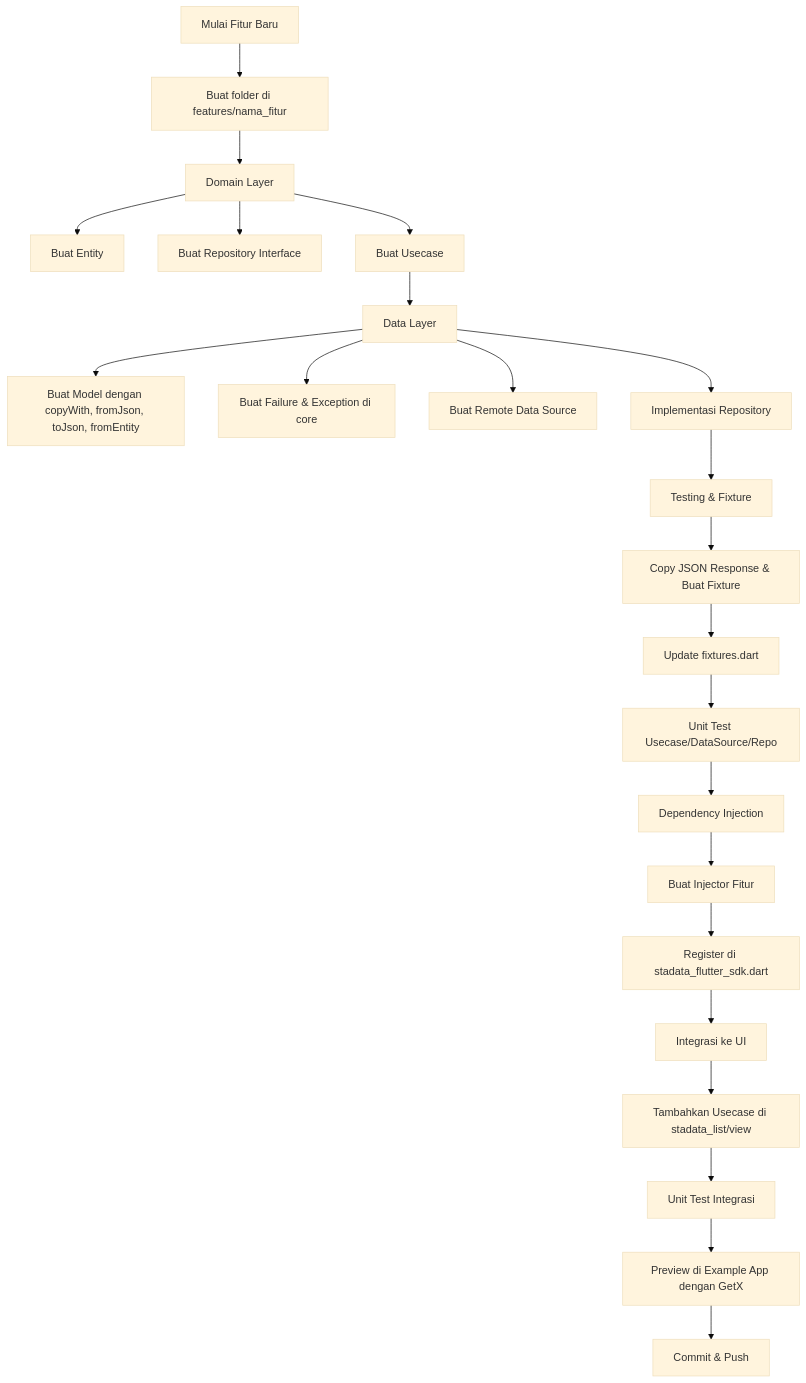
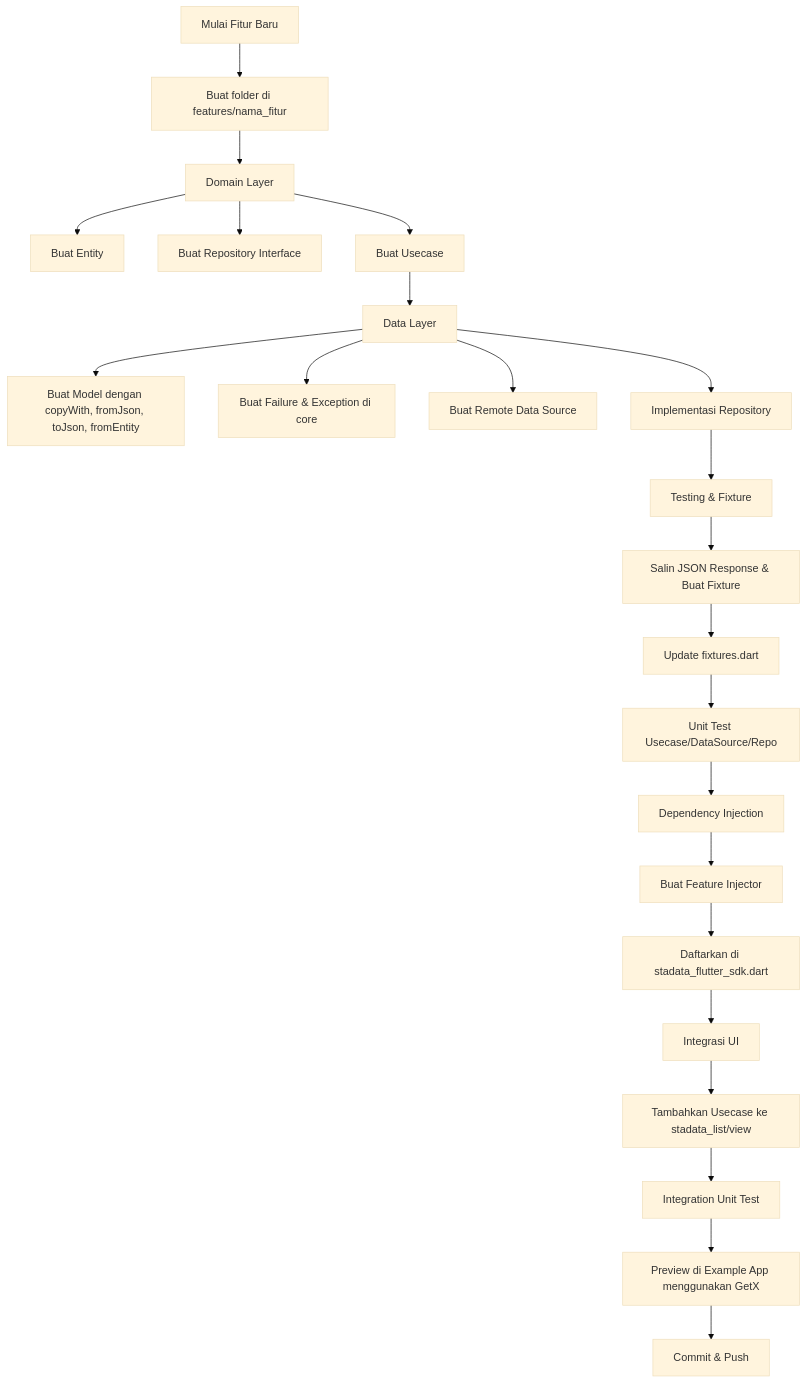
One commit to ryanaidilp/stadata_flutter_sdk changed the diagram in FEATURE_DEVELOPMENT_WORKFLOW.md. Above: the diagram before and after it, drawn with Mermaid (base theme). The commit also changed other lines of this file and 443 other files, not shown here.

````diff
--- a/FEATURE_DEVELOPMENT_WORKFLOW.md
+++ b/FEATURE_DEVELOPMENT_WORKFLOW.md
@@ -50,25 +50,25 @@
 ```mermaid
 flowchart TD
     A[Mulai Fitur Baru] --> B[Buat folder di features/nama_fitur]
     B --> C[Domain Layer]
     C --> C1[Buat Entity]
     C --> C2[Buat Repository Interface]
     C --> C3[Buat Usecase]
     C3 --> D[Data Layer]
     D --> D1[Buat Model dengan copyWith, fromJson, toJson, fromEntity]
     D --> D2[Buat Failure & Exception di core]
     D --> D3[Buat Remote Data Source]
     D --> D4[Implementasi Repository]
     D4 --> E[Testing & Fixture]
-    E --> E1[Copy JSON Response & Buat Fixture]
+    E --> E1[Salin JSON Response & Buat Fixture]
     E1 --> E2[Update fixtures.dart]
     E2 --> E3[Unit Test Usecase/DataSource/Repo]
     E3 --> F[Dependency Injection]
-    F --> F1[Buat Injector Fitur]
-    F1 --> F2[Register di stadata_flutter_sdk.dart]
-    F2 --> G[Integrasi ke UI]
-    G --> G1[Tambahkan Usecase di stadata_list/view]
-    G1 --> G2[Unit Test Integrasi]
-    G2 --> G3[Preview di Example App dengan GetX]
+    F --> F1[Buat Feature Injector]
+    F1 --> F2[Daftarkan di stadata_flutter_sdk.dart]
+    F2 --> G[Integrasi UI]
+    G --> G1[Tambahkan Usecase ke stadata_list/view]
+    G1 --> G2[Integration Unit Test]
+    G2 --> G3[Preview di Example App menggunakan GetX]
     G3 --> H[Commit & Push]
 ```
````
